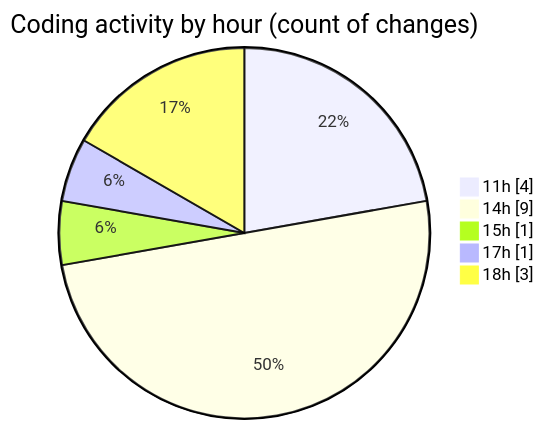
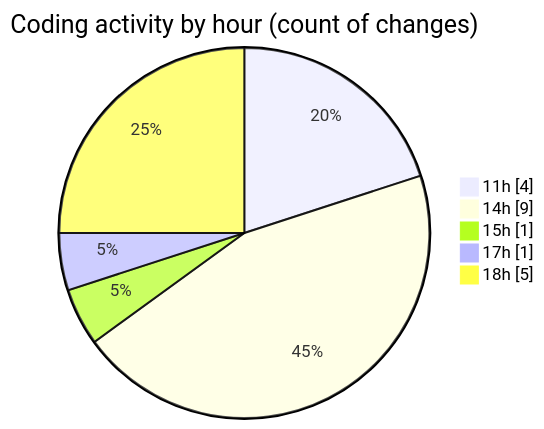
The second of 2 diagrams in 2025-10-26/nxtqube_webapp/README.md (nxtqubesakshisongat/code-tracking), drawn with Mermaid before and after one commit. The commit also changed other lines of this file and 1 other file, not shown here.

````diff
--- a/2025-10-26/nxtqube_webapp/README.md
+++ b/2025-10-26/nxtqube_webapp/README.md
@@ -31,9 +32,9 @@
 ```mermaid
 pie showData
 title Coding activity by hour (count of changes)
 "11h" : 4
 "14h" : 9
 "15h" : 1
 "17h" : 1
-"18h" : 3
+"18h" : 5
 ```
````
